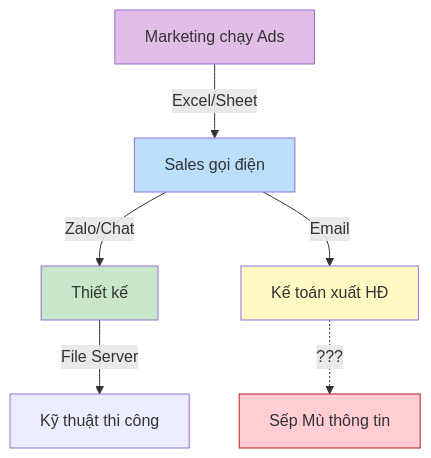
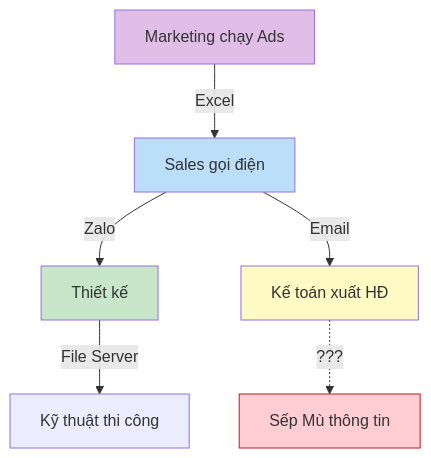
The diagram in test-2.mdx (documentation-ai-managed/docs-nh), drawn with Mermaid before and after one commit.

Commit message:
Documentation Updated Through Editor  by Trần Minh Ánh

````diff
--- a/test-2.mdx
+++ b/test-2.mdx
@@ -12,14 +12,14 @@
 ```mermaid wrap="true"
 graph TD
-    MKT[Marketing chạy Ads] -->|Excel/Sheet| SALE[Sales gọi điện]
-    SALE -->|Zalo/Chat| DESIGN[Thiết kế]
+    MKT[Marketing chạy Ads] -->|Excel| SALE[Sales gọi điện]
+    SALE -->|Zalo| DESIGN[Thiết kế]
     DESIGN -->|File Server| KNT[Kỹ thuật thi công]
     SALE -->|Email| KETOAN[Kế toán xuất HĐ]
     KETOAN -.->|???| CEO[Sếp Mù thông tin]
     style CEO fill:#ffcdd2,stroke:#b71c1c
     style MKT fill:#e1bee7
     style SALE fill:#bbdefb
     style DESIGN fill:#c8e6c9
     style KETOAN fill:#fff9c4
 
 ```
````
